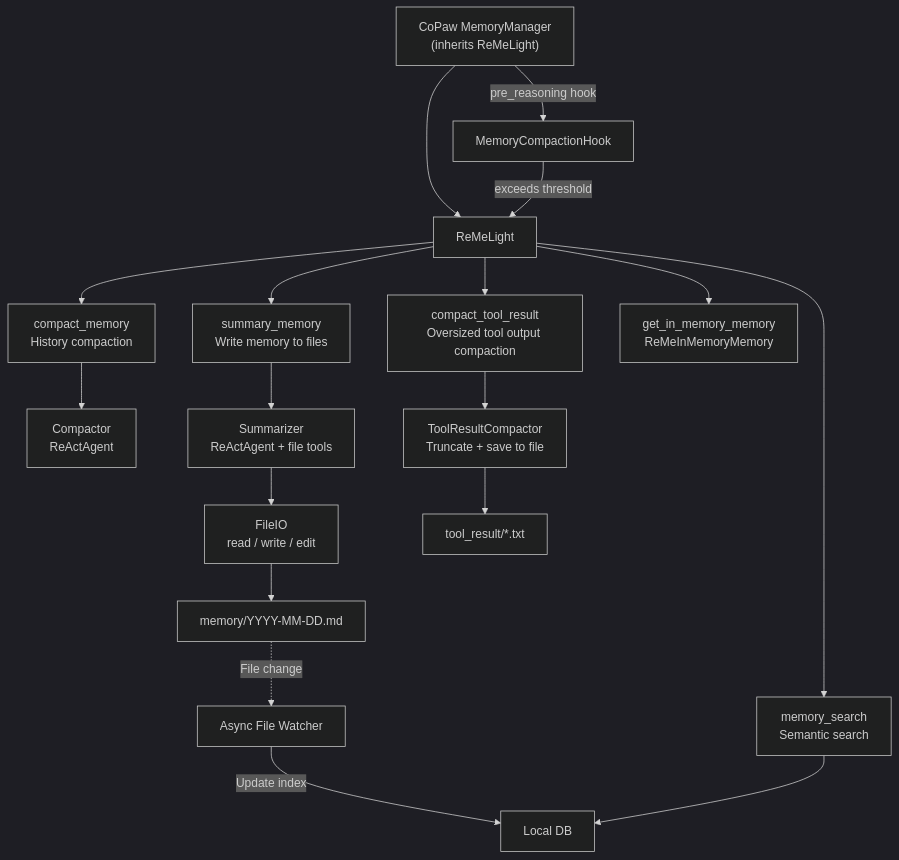
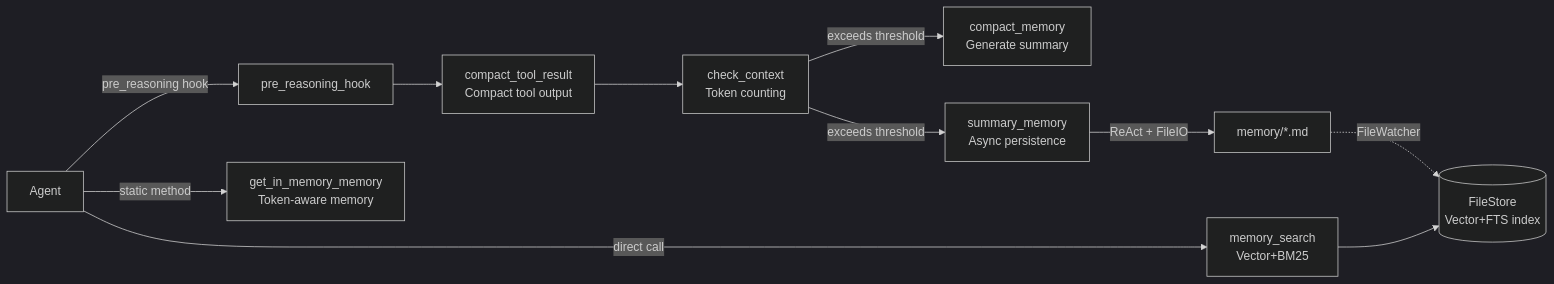
One commit to agentscope-ai/ReMe changed the first of 9 diagrams in README.md. Above: the diagram before and after it, drawn with Mermaid (dark theme). The commit also changed other lines of this file and 1 other file, not shown here.

Commit message:
docs(readme): update documentation with improved architecture diagrams and component details

````diff
--- a/README.md
+++ b/README.md
@@ -181,20 +180,13 @@
 ```mermaid
-graph TB
-    CoPaw["CoPaw MemoryManager<br>(inherits ReMeLight)"] -->|pre_reasoning hook| Hook[MemoryCompactionHook]
-    CoPaw --> ReMeLight[ReMeLight]
-    Hook -->|exceeds threshold| ReMeLight
-    ReMeLight --> CompactMemory[compact_memory<br>History compaction]
-    ReMeLight --> SummaryMemory[summary_memory<br>Write memory to files]
-    ReMeLight --> CompactToolResult[compact_tool_result<br>Oversized tool output compaction]
-    ReMeLight --> MemSearch[memory_search<br>Semantic search]
-    ReMeLight --> InMemory[get_in_memory_memory<br>ReMeInMemoryMemory]
-    CompactMemory --> Compactor[Compactor<br>ReActAgent]
-    SummaryMemory --> Summarizer[Summarizer<br>ReActAgent + file tools]
-    CompactToolResult --> ToolResultCompactor[ToolResultCompactor<br>Truncate + save to file]
-    Summarizer --> FileIO[FileIO<br>read / write / edit]
-    FileIO --> MemoryFiles[memory/YYYY-MM-DD.md]
-    ToolResultCompactor --> ToolResultFiles[tool_result/*.txt]
-    MemoryFiles -.->|File change| FileWatcher[Async File Watcher]
-    FileWatcher -->|Update index| FileStore[Local DB]
-    MemSearch --> FileStore
+graph LR
+    Agent[Agent] -->|pre_reasoning hook| Hook[pre_reasoning_hook]
+    Hook --> TC[compact_tool_result<br>Compact tool output]
+    TC --> CC[check_context<br>Token counting]
+    CC -->|exceeds threshold| CM[compact_memory<br>Generate summary]
+    CC -->|exceeds threshold| SM[summary_memory<br>Async persistence]
+    SM -->|ReAct + FileIO| Files[memory/*.md]
+    Agent -->|direct call| Search[memory_search<br>Vector+BM25]
+    Agent -->|static method| InMem[get_in_memory_memory<br>Token-aware memory]
+    Files -.->|FileWatcher| Store[(FileStore<br>Vector+FTS index)]
+    Search --> Store
 ```
````
